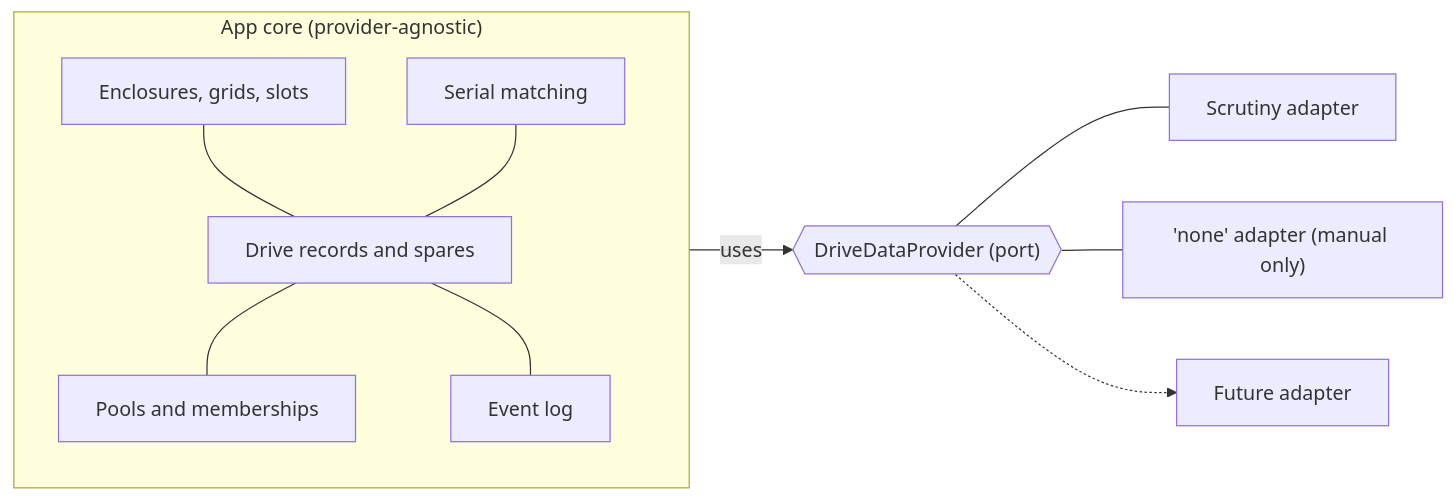
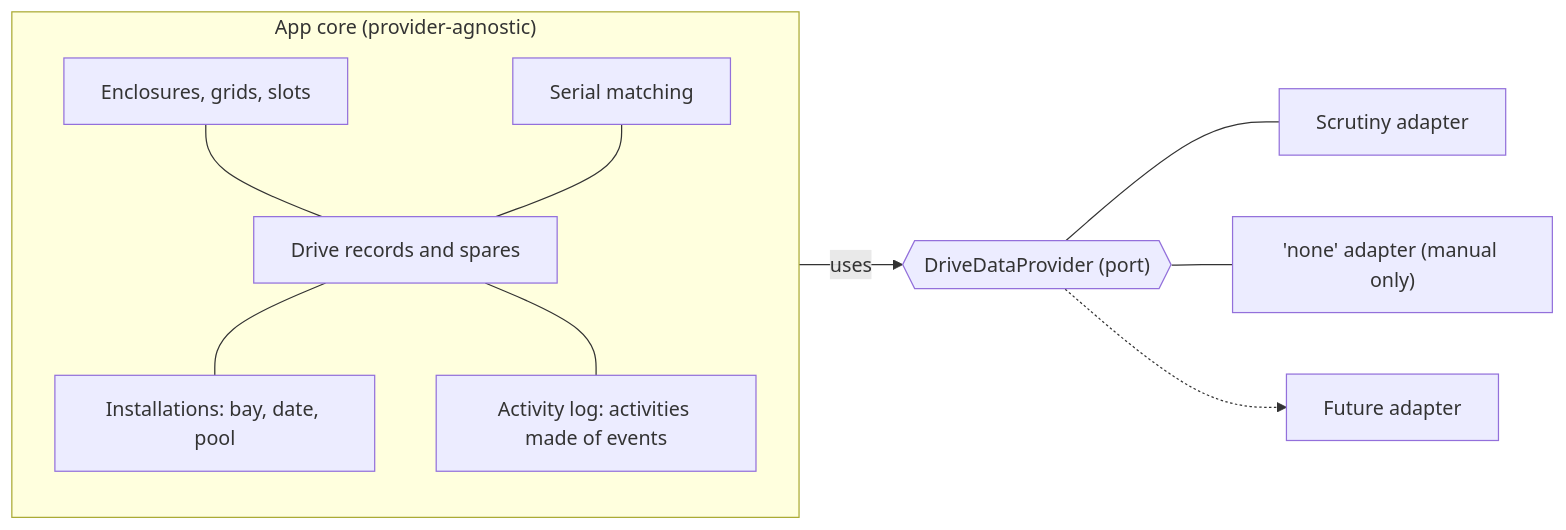
Before and after one commit to AlexToebes/sparrow: the diagram in REQUIREMENTS.md, drawn with Mermaid. The commit also changed other lines of this file and 4 other files, not shown here.

````diff
--- a/REQUIREMENTS.md
+++ b/REQUIREMENTS.md
@@ -35,13 +37,13 @@
 ```mermaid
 flowchart LR
   subgraph Core["App core (provider-agnostic)"]
     A[Enclosures, grids, slots] --- B[Drive records and spares]
-    B --- C[Pools and memberships]
-    B --- D[Event log]
+    B --- C[Installations: bay, date, pool]
+    B --- D[Activity log: activities made of events]
     E[Serial matching] --- B
   end
   Core -->|uses| P{{"DriveDataProvider (port)"}}
   P --- S[Scrutiny adapter]
   P --- N["'none' adapter (manual only)"]
   P -.-> F[Future adapter]
 ```
````
